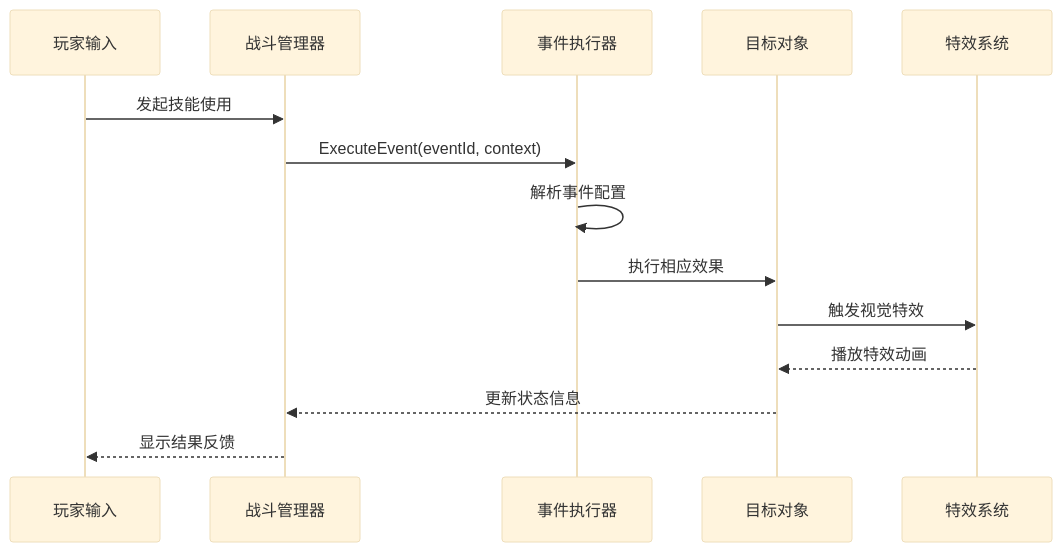
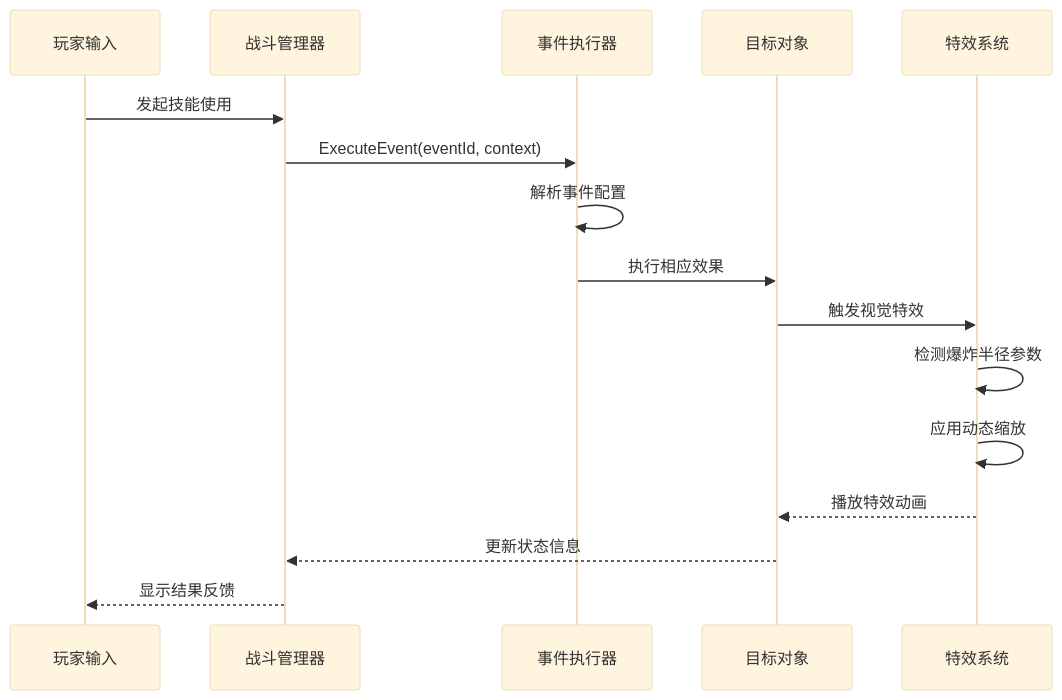
One commit to Tuusen/p1_client changed the second of 8 diagrams in .qoder/repowiki/zh/content/Event System.md. Above: the diagram before and after it, drawn with Mermaid (base theme). The commit also changed other lines of this file and 13 other files, not shown here.

````diff
--- a/.qoder/repowiki/zh/content/Event System.md
+++ b/.qoder/repowiki/zh/content/Event System.md
@@ -144,16 +161,18 @@
 ```mermaid
 sequenceDiagram
 participant Player as 玩家输入
 participant Battle as 战斗管理器
 participant Executor as 事件执行器
 participant Target as 目标对象
 participant Effect as 特效系统
 Player->>Battle : 发起技能使用
 Battle->>Executor : ExecuteEvent(eventId, context)
 Executor->>Executor : 解析事件配置
 Executor->>Target : 执行相应效果
 Target->>Effect : 触发视觉特效
+Effect->>Effect : 检测爆炸半径参数
+Effect->>Effect : 应用动态缩放
 Effect-->>Target : 播放特效动画
 Target-->>Battle : 更新状态信息
 Battle-->>Player : 显示结果反馈
 ```
````
